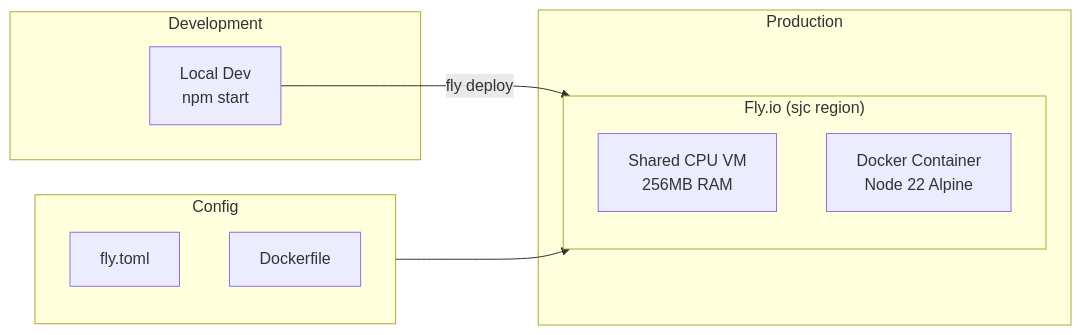
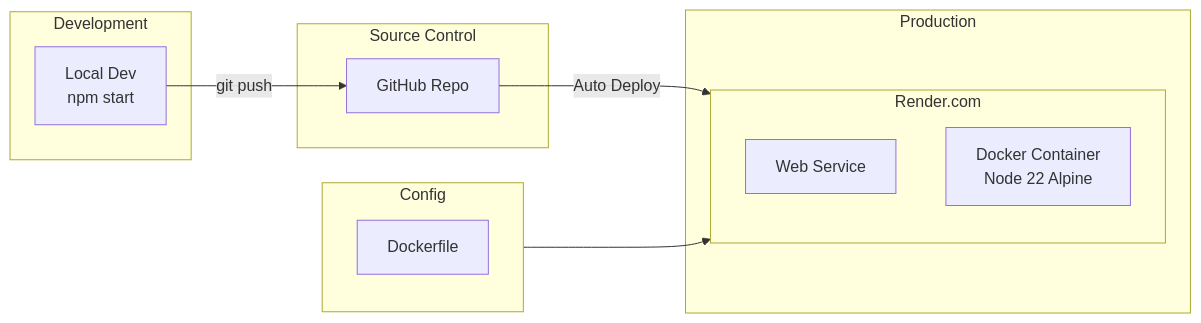
The fourth of 4 diagrams in ARCHITECTURE.md (ATakaSKY/learn-mcp), drawn with Mermaid before and after one commit. The commit also changed other lines of this file, not shown here.

````diff
--- a/ARCHITECTURE.md
+++ b/ARCHITECTURE.md
@@ -124,22 +124,26 @@
 ```mermaid
 flowchart LR
     subgraph Development
         Local["Local Dev<br/>npm start"]
     end
 
     subgraph Production
-        subgraph Fly["Fly.io (sjc region)"]
-            VM["Shared CPU VM<br/>256MB RAM"]
+        subgraph Render["Render.com"]
+            WebService["Web Service"]
             Docker["Docker Container<br/>Node 22 Alpine"]
         end
     end
 
-    Local -->|"fly deploy"| Fly
+    subgraph Source["Source Control"]
+        GitHub["GitHub Repo"]
+    end
+
+    Local -->|"git push"| GitHub
+    GitHub -->|"Auto Deploy"| Render
     
     subgraph Config
-        FlyToml["fly.toml"]
         Dockerfile["Dockerfile"]
     end
 
-    Config --> Fly
+    Config --> Render
 ```
````
